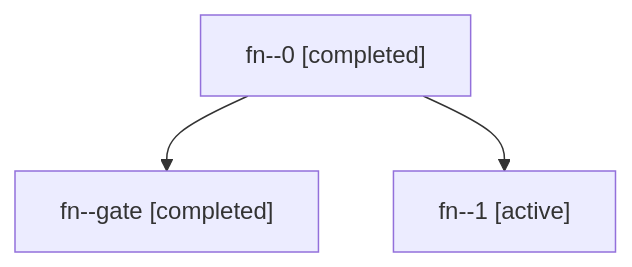
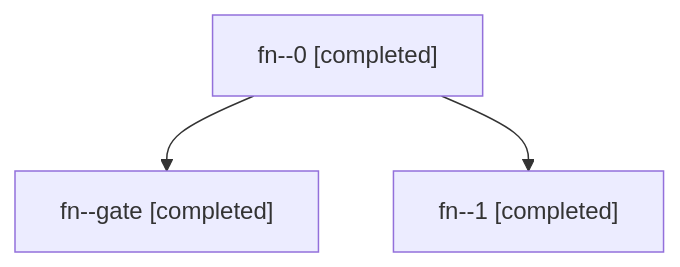
The diagram in sessions/bbugyi200.apollo.fn.md (bobs-org/bob-cli--agents), drawn with Mermaid before and after one commit. The commit also changed other lines of this file and 5 other files, not shown here.

````diff
--- a/sessions/bbugyi200.apollo.fn.md
+++ b/sessions/bbugyi200.apollo.fn.md
@@ -9,8 +9,8 @@
 ```mermaid
 flowchart TD
   n0["fn--0 [completed]"]
   n1["fn--gate [completed]"]
   n0 --> n1
-  n2["fn--1 [active]"]
+  n2["fn--1 [completed]"]
   n0 --> n2
 ```
````
